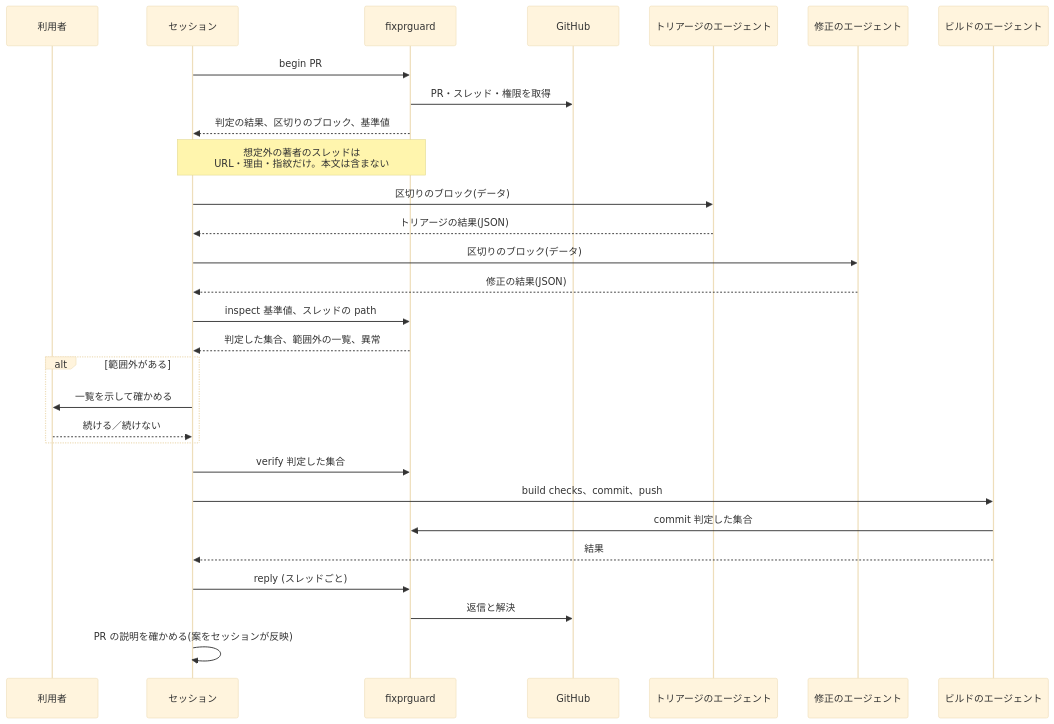
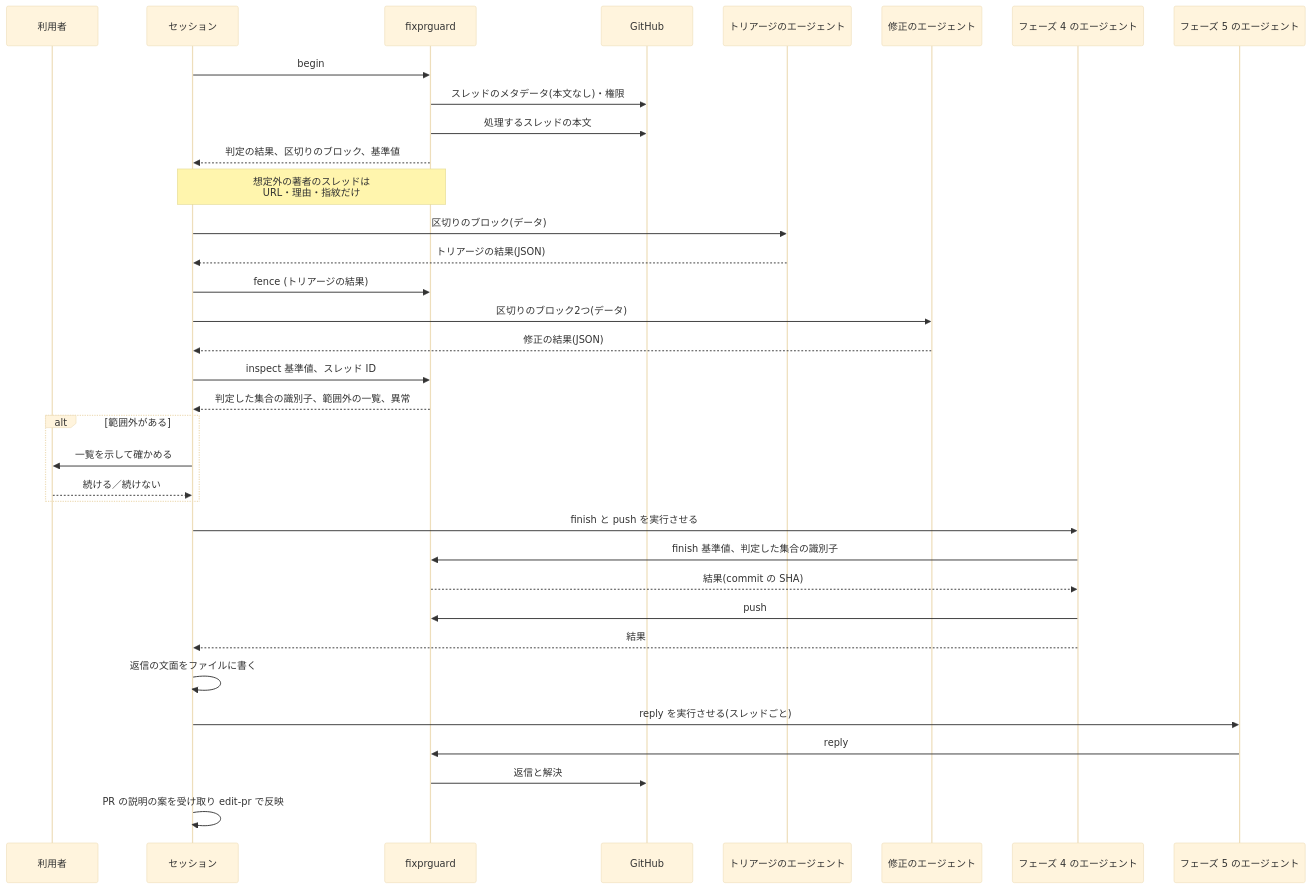
The third of 7 diagrams in docs/tasks/0030_fixpr_untrusted_threads/02_architecture.md (isseis/yt2column), drawn with Mermaid (base theme) before and after one commit. The commit also changed other lines of this file, not shown here.

First line of the commit message:
docs(0030): revise the architecture after panel review and prose pass

````diff
--- a/docs/tasks/0030_fixpr_untrusted_threads/02_architecture.md
+++ b/docs/tasks/0030_fixpr_untrusted_threads/02_architecture.md
@@ -210,32 +227,38 @@
 ```mermaid
 sequenceDiagram
     participant U as 利用者
     participant S as セッション
     participant G as fixprguard
     participant GH as GitHub
     participant T as トリアージのエージェント
     participant F as 修正のエージェント
-    participant B as ビルドのエージェント
+    participant B as フェーズ 4 のエージェント
+    participant R as フェーズ 5 のエージェント
 
-    S->>G: begin PR
-    G->>GH: PR・スレッド・権限を取得
+    S->>G: begin
+    G->>GH: スレッドのメタデータ(本文なし)・権限
+    G->>GH: 処理するスレッドの本文
     G-->>S: 判定の結果、区切りのブロック、基準値
-    Note over S,G: 想定外の著者のスレッドは<br>URL・理由・指紋だけ。本文は含まない
+    Note over S,G: 想定外の著者のスレッドは<br>URL・理由・指紋だけ
     S->>T: 区切りのブロック(データ)
     T-->>S: トリアージの結果(JSON)
-    S->>F: 区切りのブロック(データ)
+    S->>G: fence (トリアージの結果)
+    S->>F: 区切りのブロック2つ(データ)
     F-->>S: 修正の結果(JSON)
-    S->>G: inspect 基準値、スレッドの path
-    G-->>S: 判定した集合、範囲外の一覧、異常
+    S->>G: inspect 基準値、スレッド ID
+    G-->>S: 判定した集合の識別子、範囲外の一覧、異常
     alt 範囲外がある
         S->>U: 一覧を示して確かめる
         U-->>S: 続ける／続けない
     end
-    S->>G: verify 判定した集合
-    S->>B: build checks、commit、push
-    B->>G: commit 判定した集合
+    S->>B: finish と push を実行させる
+    B->>G: finish 基準値、判定した集合の識別子
+    G-->>B: 結果(commit の SHA)
+    B->>G: push
     B-->>S: 結果
-    S->>G: reply (スレッドごと)
+    S->>S: 返信の文面をファイルに書く
+    S->>R: reply を実行させる(スレッドごと)
+    R->>G: reply
     G->>GH: 返信と解決
-    S->>S: PR の説明を確かめる(案をセッションが反映)
+    S->>S: PR の説明の案を受け取り edit-pr で反映
 ```
````
